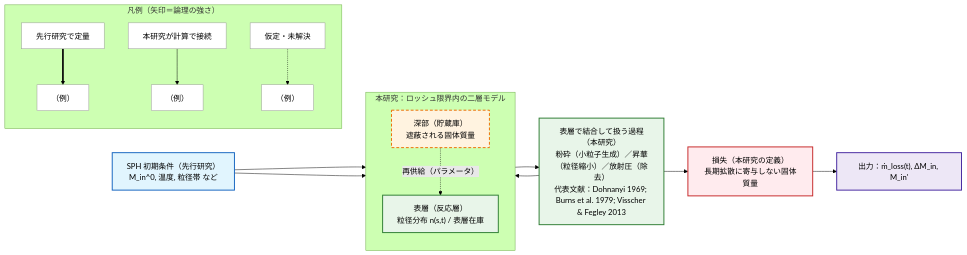
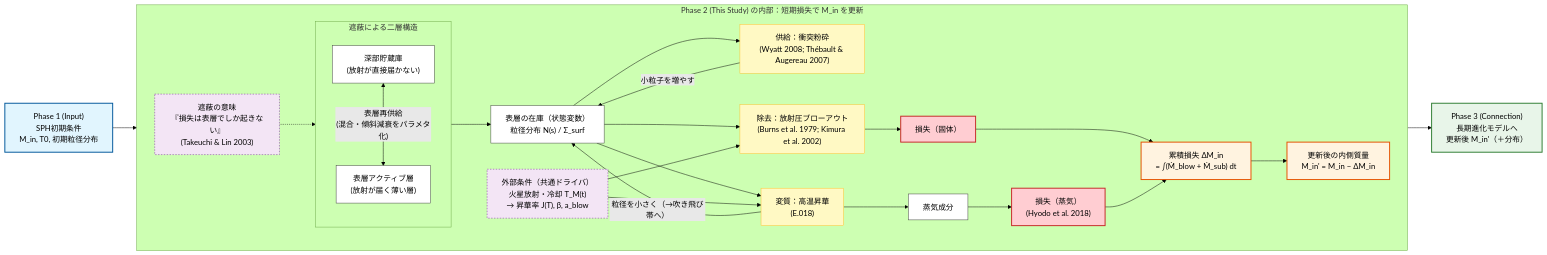
The second of 3 diagrams in analysis/introduction.md (Einfeld686/MarsDiskSimulation), drawn with Mermaid (forest theme) before and after one commit. The commit also changed other lines of this file, not shown here.

Commit message:
analysis: expand phase 2 details and fig 1.2b

````diff
--- a/analysis/introduction.md
+++ b/analysis/introduction.md
@@ -138,35 +126,59 @@
 ```mermaid
 flowchart LR
-    classDef prior fill:#e1f5fe,stroke:#1565c0,stroke-width:2px,color:#000;
-    classDef assume fill:#fff3e0,stroke:#ef6c00,stroke-width:2px,stroke-dasharray: 6 4,color:#000;
-    classDef this fill:#e8f5e9,stroke:#2e7d32,stroke-width:2px,color:#000;
-    classDef out fill:#ede7f6,stroke:#4527a0,stroke-width:2px,color:#000;
-    classDef sink fill:#ffebee,stroke:#c62828,stroke-width:2px,color:#000;
-    classDef legend fill:#ffffff,stroke:#999,stroke-width:1px,color:#000;
+    %% ========= style =========
+    classDef input fill:#e1f5fe,stroke:#01579b,stroke-width:2px,color:#000;
+    classDef connect fill:#e8f5e9,stroke:#2e7d32,stroke-width:2px,color:#000;
+    classDef state fill:#ffffff,stroke:#424242,stroke-width:1px,color:#000;
+    classDef proc fill:#fff9c4,stroke:#fbc02d,stroke-width:1px,color:#000;
+    classDef sink fill:#ffcdd2,stroke:#c62828,stroke-width:2px,color:#000;
+    classDef driver fill:#f3e5f5,stroke:#7b1fa2,stroke-width:1px,stroke-dasharray: 3 3,color:#000;
+    classDef calc fill:#fff3e0,stroke:#e65100,stroke-width:2px,color:#000;
 
-    subgraph LEG["凡例（矢印＝論理の強さ）"]
-      direction TB
-      LG1["先行研究で定量"]:::legend ==> LG2["（例）"]:::legend
-      LG3["本研究が計算で接続"]:::legend --> LG4["（例）"]:::legend
-      LG5["仮定・未解決"]:::legend -.-> LG6["（例）"]:::legend
+    %% ========= anchors (Phase1 / Phase3) =========
+    IN["Phase 1 (Input)<br/>SPH初期条件<br/>M_in, T0, 初期粒径分布"]:::input
+    OUT["Phase 3 (Connection)<br/>長期進化モデルへ<br/>更新後 M_in'（＋分布）"]:::connect
+
+    %% ========= Phase2 zoom =========
+    subgraph P2["Phase 2 (This Study) の内部：短期損失で M_in を更新"]
+        direction LR
+
+        %% --- vertical structure = shielding ---
+        subgraph V["遮蔽による二層構造"]
+            direction TB
+            Deep["深部貯蔵庫<br/>(放射が直接届かない)"]:::state
+            Surf["表層アクティブ層<br/>(放射が届く薄い層)"]:::state
+            Deep <-->|"表層再供給<br/>(混合・傾斜減衰をパラメタ化)"| Surf
+        end
+
+        %% --- central state variable ---
+        Surf --> PSD["表層の在庫（状態変数）<br/>粒径分布 N(s) / Σ_surf"]:::state
+
+        %% --- competing processes (parallel) ---
+        PSD --> Coll["供給：衝突粉砕<br/>(Wyatt 2008; Thébault & Augereau 2007)"]:::proc
+        Coll -->|"小粒子を増やす"| PSD
+
+        PSD --> Sub["変質：高温昇華<br/>(E.018)"]:::proc
+        Sub -->|"粒径を小さく（→吹き飛び帯へ）"| PSD
+        Sub --> Vap["蒸気成分"]:::state
+
+        PSD --> Blow["除去：放射圧ブローアウト<br/>(Burns et al. 1979; Kimura et al. 2002)"]:::proc
+        Blow --> LossS["損失（固体）"]:::sink
+        Vap --> LossV["損失（蒸気）<br/>(Hyodo et al. 2018)"]:::sink
+
+        %% --- drivers / constraints ---
+        Tdrv["外部条件（共通ドライバ）<br/>火星放射・冷却 T_M(t)<br/>→ 昇華率 J(T), β, a_blow"]:::driver
+        Tdrv --> Sub
+        Tdrv --> Blow
+
+        Shield["遮蔽の意味<br/>『損失は表層でしか起きない』<br/>(Takeuchi & Lin 2003)"]:::driver -.-> Surf
+
+        %% --- time integration / output ---
+        LossS --> Int["累積損失 ΔM_in<br/>= ∫(Ṁ_blow + Ṁ_sub) dt"]:::calc
+        LossV --> Int
+        Int --> Upd["更新後の内側質量<br/>M_in' = M_in − ΔM_in"]:::calc
     end
 
-    IN["SPH 初期条件（先行研究）<br/>M_in^0, 温度, 粒径帯 など"]:::prior
-
-    subgraph DISK["本研究：ロッシュ限界内の二層モデル"]
-      direction TB
-      DEEP["深部（貯蔵庫）<br/>遮蔽される固体質量"]:::assume
-      SURF["表層（反応層）<br/>粒径分布 n(s,t) / 表層在庫"]:::this
-      DEEP -.->|再供給（パラメータ）| SURF
-    end
-
-    PROC["表層で結合して扱う過程（本研究）<br/>粉砕（小粒子生成）／昇華（粒径縮小）／放射圧（除去）<br/>代表文献：Dohnanyi 1969; Burns et al. 1979; Visscher & Fegley 2013"]:::this
-    LOSS["損失（本研究の定義）<br/>長期拡散に寄与しない固体質量"]:::sink
-    OUT["出力：ṁ_loss(t), ΔM_in, M_in'"]:::out
-
-    IN --> DEEP
-    IN --> SURF
-    SURF --> PROC --> SURF
-    PROC --> LOSS
-    LOSS --> OUT
+    %% ========= wiring =========
+    IN --> Deep
+    Upd --> OUT
 ```
````
